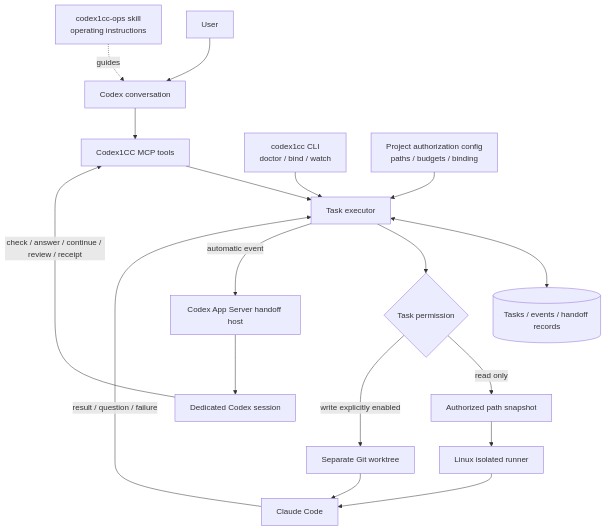
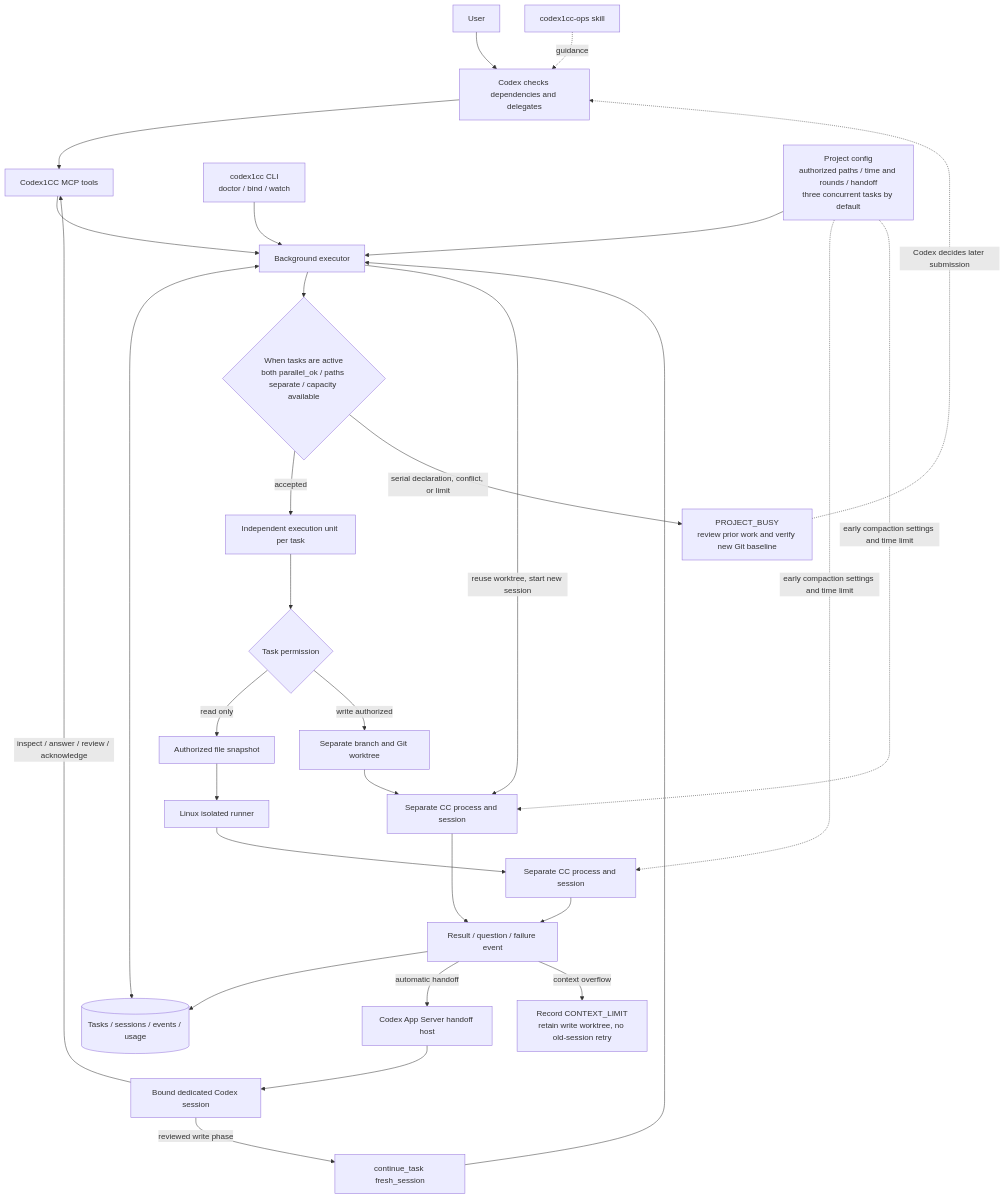
One commit to UncleTIM-GZ/Codex1CC changed the diagram in README.md. Above: the diagram before and after it, drawn with Mermaid. The commit also changed other lines of this file and 12 other files, not shown here.

````diff
--- a/README.md
+++ b/README.md
@@ -17,20 +17,26 @@
 ```mermaid
 flowchart TD
-    U[User] --> C[Codex conversation]
-    S[codex1cc-ops skill<br/>operating instructions] -. guides .-> C
-    C --> M[Codex1CC MCP tools]
-    M --> E[Task executor]
+    U[User] --> C[Codex checks dependencies and delegates]
+    S[codex1cc-ops skill] -. guidance .-> C
+    C --> M[Codex1CC MCP tools] --> E[Background executor]
     CLI[codex1cc CLI<br/>doctor / bind / watch] --> E
-    CFG[Project authorization config<br/>paths / budgets / binding] --> E
-    E <--> DB[(Tasks / events / handoff records)]
-    E --> MODE{Task permission}
-    MODE -->|read only| SNAP[Authorized path snapshot]
-    SNAP --> BOX[Linux isolated runner]
-    MODE -->|write explicitly enabled| WT[Separate Git worktree]
-    BOX --> CC[Claude Code]
-    WT --> CC
-    CC -->|result / question / failure| E
-    E -->|automatic event| H[Codex App Server handoff host]
-    H --> D[Dedicated Codex session]
-    D -->|check / answer / continue / review / receipt| M
+    CFG[Project config<br/>authorized paths / time and rounds / handoff<br/>three concurrent tasks by default] --> E
+    E <--> DB[(Tasks / sessions / events / usage)]
+    E --> A{When tasks are active<br/>both parallel_ok / paths separate / capacity available}
+    A -->|accepted| T[Independent execution unit per task]
+    A -->|serial declaration, conflict, or limit| BUSY[PROJECT_BUSY<br/>review prior work and verify new Git baseline]
+    BUSY -. Codex decides later submission .-> C
+    T --> MODE{Task permission}
+    MODE -->|read only| SNAP[Authorized file snapshot] --> BOX[Linux isolated runner] --> CCR[Separate CC process and session]
+    MODE -->|write authorized| WT[Separate branch and Git worktree] --> CCW[Separate CC process and session]
+    CFG -. early compaction settings and time limit .-> CCR
+    CFG -. early compaction settings and time limit .-> CCW
+    CCR --> EV[Result / question / failure event]
+    CCW --> EV
+    EV --> DB
+    EV -->|automatic handoff| H[Codex App Server handoff host] --> D[Bound dedicated Codex session]
+    D -->|inspect / answer / review / acknowledge| M
+    D -->|reviewed write phase| F[continue_task fresh_session] --> E
+    E -->|reuse worktree, start new session| CCW
+    EV -->|context overflow| X[Record CONTEXT_LIMIT<br/>retain write worktree, no old-session retry]
 ```
````
